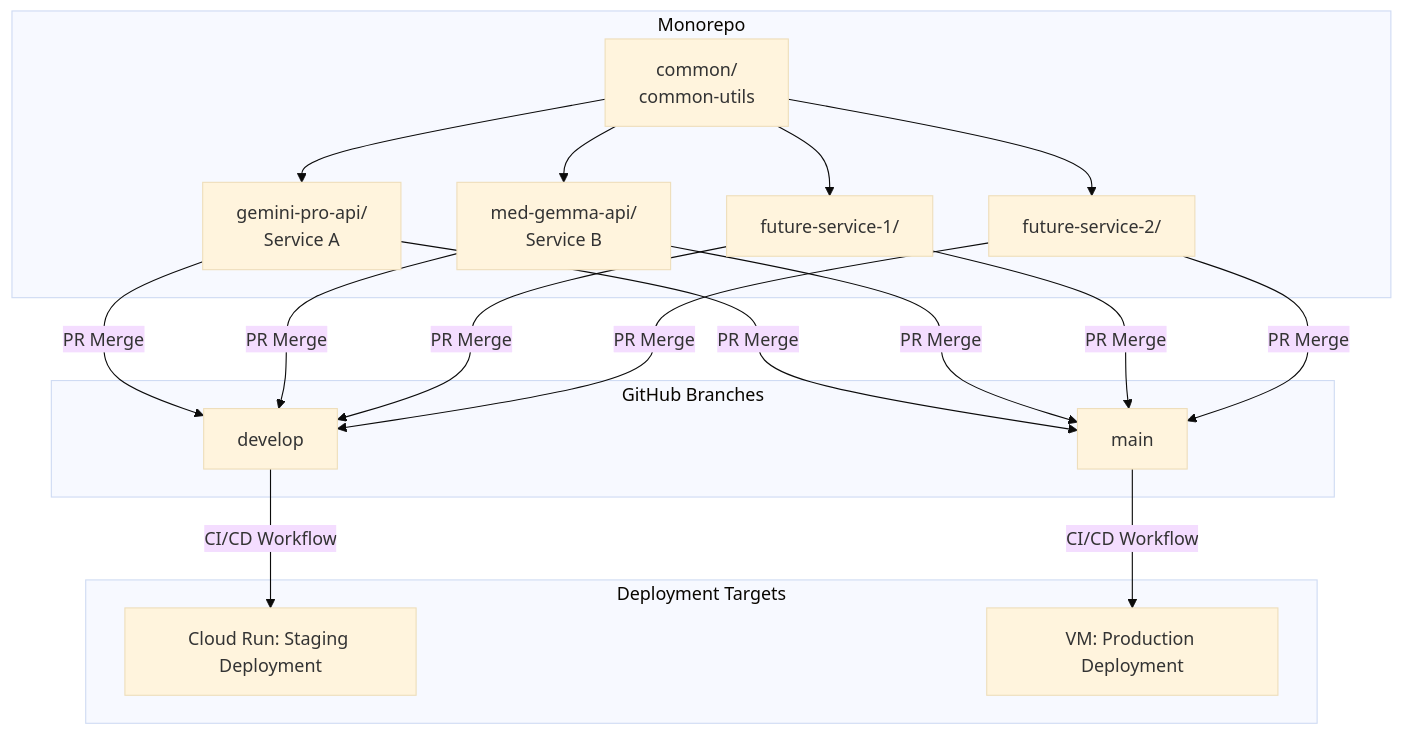
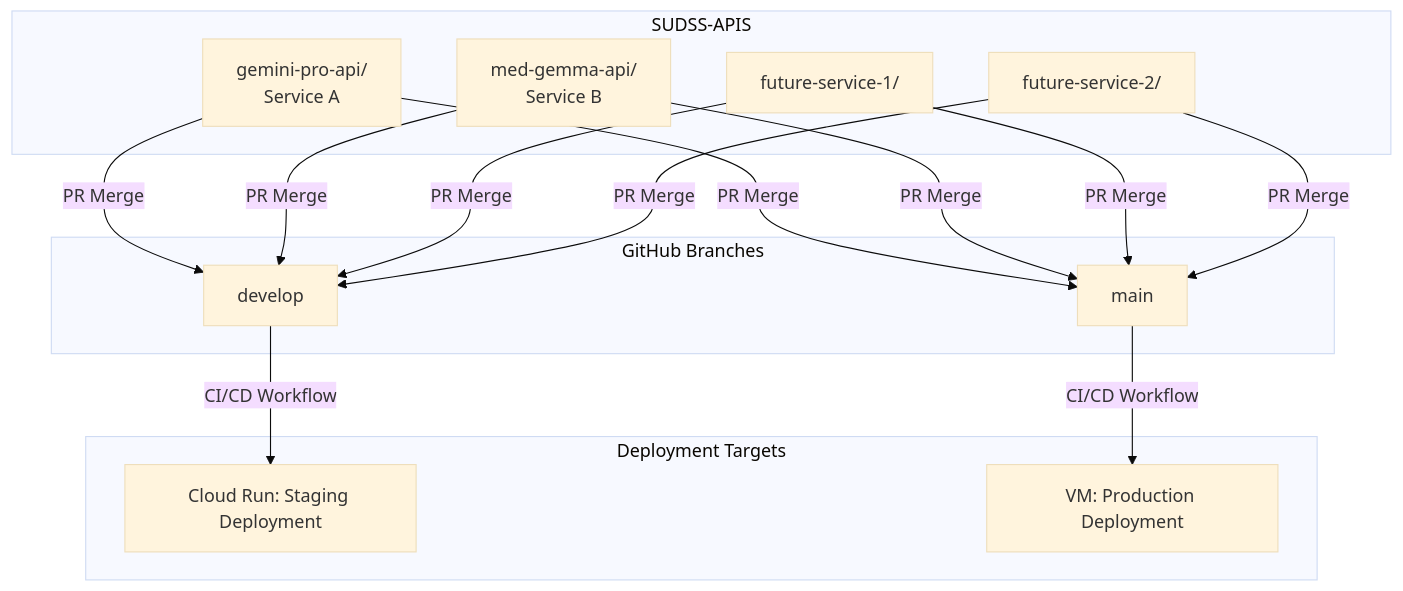
The diagram in README.md (HarpyTech/sudss-apis), drawn with Mermaid (base theme) before and after one commit.

````diff
--- a/README.md
+++ b/README.md
@@ -100,44 +100,38 @@
 ```mermaid
 graph TD
     %% Shared Common Code
-    subgraph Monorepo
-        A[common/ <br> common-utils]
+    subgraph SUDSS-APIS
+        
         B[gemini-pro-api/ <br> Service A]
         C[med-gemma-api/ <br> Service B]
         D[future-service-1/]
         E[future-service-2/]
     end
-
-    %% Dependencies
-    A --> B
-    A --> C
-    A --> D
-    A --> E
 
     %% GitHub Branches
     subgraph GitHub["GitHub Branches"]
         F[develop]
         G[main]
     end
 
     %% Current Service Workflow Paths
     B -->|PR Merge| F
     C -->|PR Merge| F
     D -->|PR Merge| F
     E -->|PR Merge| F
 
     F -->|CI/CD Workflow| H[Cloud Run: Staging Deployment]
 
     B -->|PR Merge| G
     C -->|PR Merge| G
     D -->|PR Merge| G
     E -->|PR Merge| G
 
     G -->|CI/CD Workflow| I[VM: Production Deployment]
 
     %% Deployment Targets
     subgraph Deployment["Deployment Targets"]
         H
         I
     end
 ```
````
